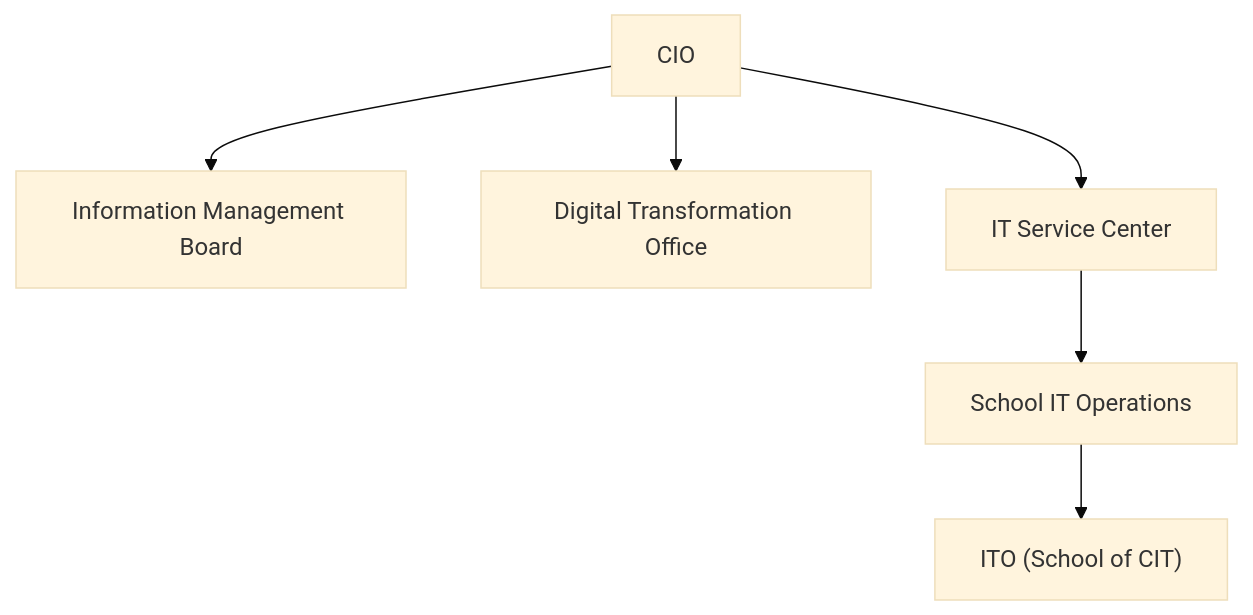
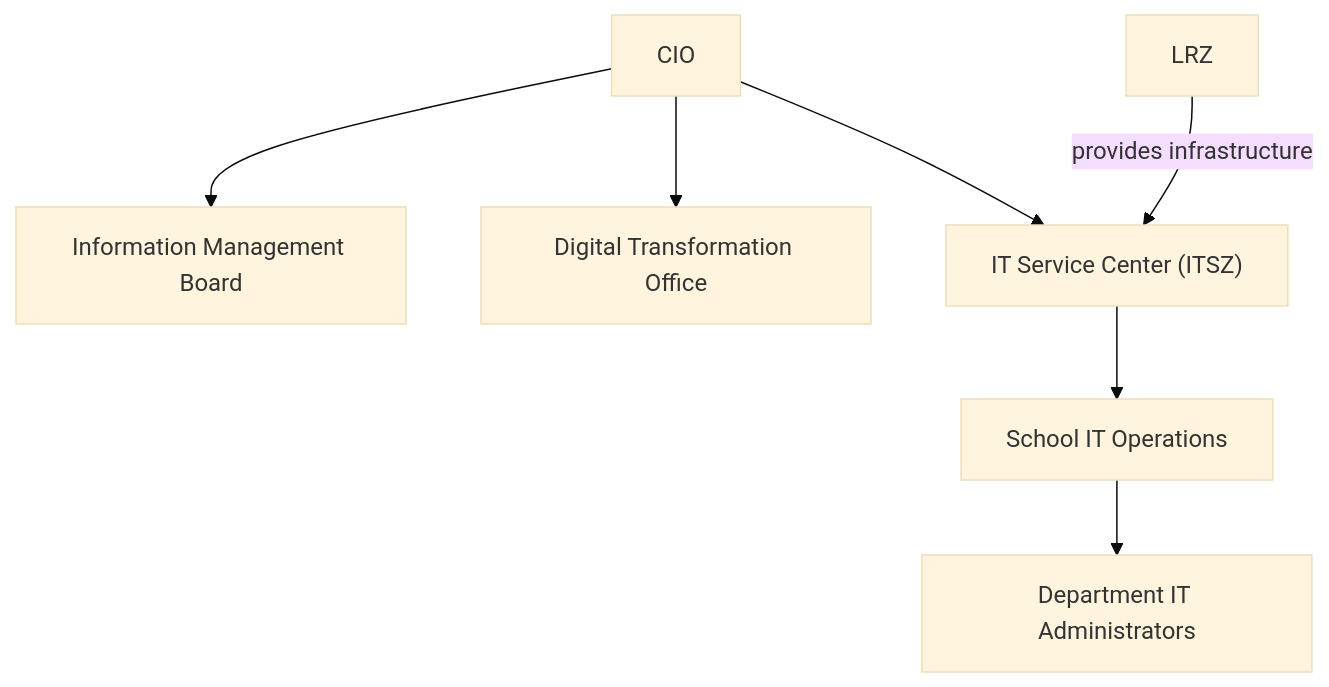
The third of 3 diagrams in en/chapters/07-support-resources.qmd (jtimo/tum-ito-admin-guide), drawn with Mermaid (base theme) before and after one commit. The commit also changed other lines of this file and 21 other files, not shown here.

````diff
--- a/en/chapters/07-support-resources.qmd
+++ b/en/chapters/07-support-resources.qmd
@@ -222,11 +177,13 @@
 ```{mermaid}
 %%| fig-cap: "TUM IT Governance"
 flowchart TB
     CIO["CIO"]
     CIO --> IMB["Information Management Board"]
     CIO --> DXO["Digital Transformation Office"]
-    CIO --> ITSZ["IT Service Center"]
+    CIO --> ITSZ["IT Service Center (ITSZ)"]
 
     ITSZ --> Schools["School IT Operations"]
-    Schools --> ITO["ITO (School of CIT)"]
+    Schools --> Admins["Department IT Administrators"]
+
+    LRZ["LRZ"] --> |provides infrastructure| ITSZ
 ```
````
